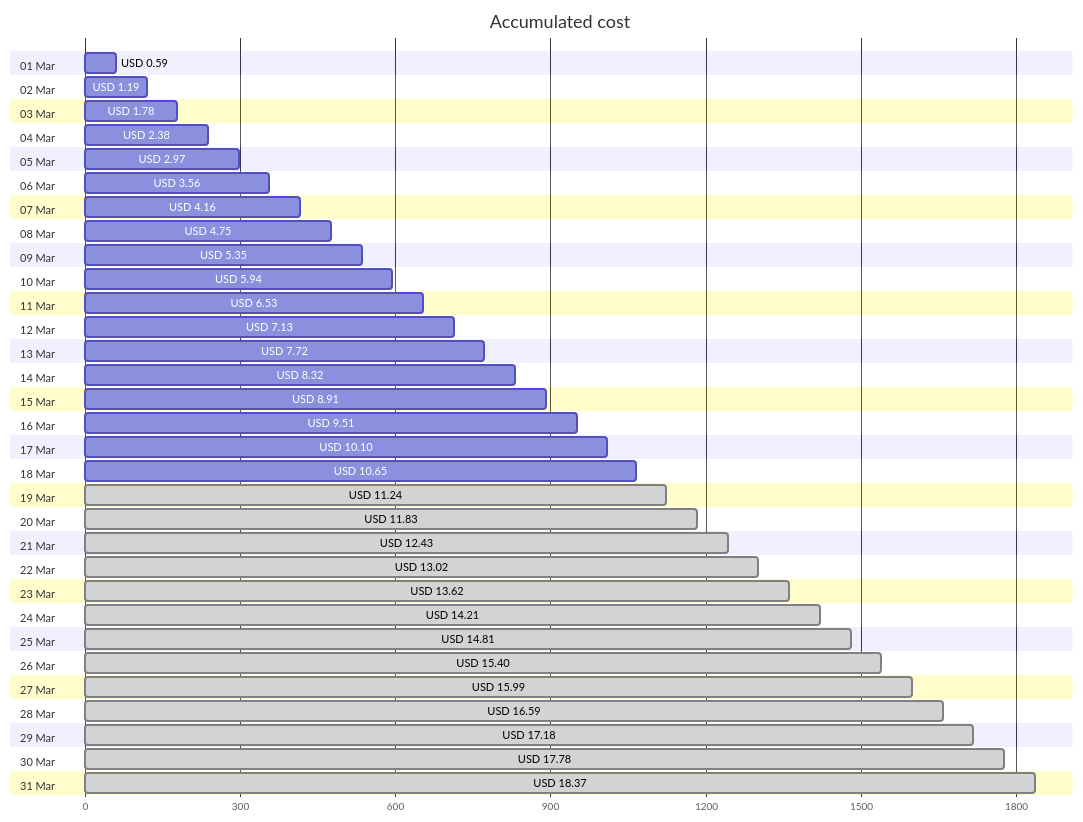
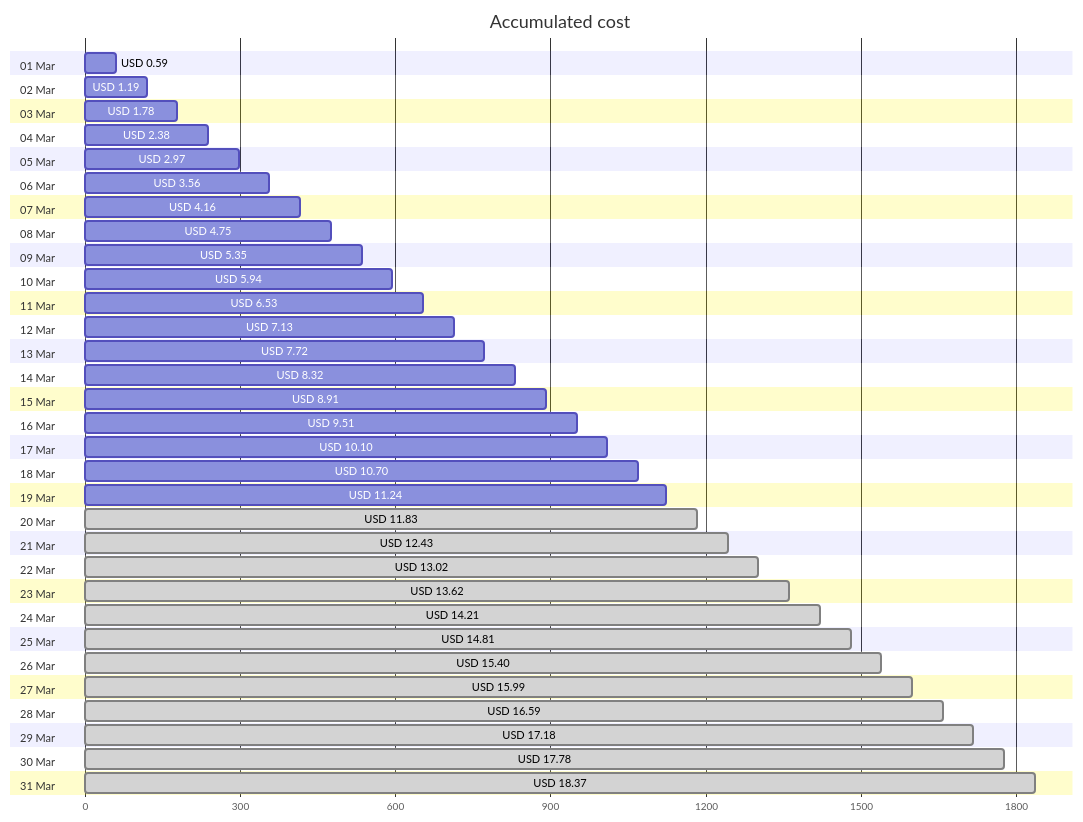
The first of 4 diagrams in cost-reports/personal-site/README.md (jpfulton/azure-personal-reports), drawn with Mermaid before and after one commit. The commit also changed other lines of this file and 6 other files, not shown here.

````diff
--- a/cost-reports/personal-site/README.md
+++ b/cost-reports/personal-site/README.md
@@ -20,68 +20,68 @@
 ```mermaid
 gantt
    title Accumulated cost
    dateFormat  X
    axisFormat %s
    section 01 Mar
    USD 0.59 :0, 59
    section 02 Mar
    USD 1.19 :0, 119
    section 03 Mar
    USD 1.78 :0, 178
    section 04 Mar
    USD 2.38 :0, 238
    section 05 Mar
    USD 2.97 :0, 297
    section 06 Mar
    USD 3.56 :0, 356
    section 07 Mar
    USD 4.16 :0, 416
    section 08 Mar
    USD 4.75 :0, 475
    section 09 Mar
    USD 5.35 :0, 535
    section 10 Mar
    USD 5.94 :0, 594
    section 11 Mar
    USD 6.53 :0, 653
    section 12 Mar
    USD 7.13 :0, 713
    section 13 Mar
    USD 7.72 :0, 772
    section 14 Mar
    USD 8.32 :0, 832
    section 15 Mar
    USD 8.91 :0, 891
    section 16 Mar
    USD 9.51 :0, 951
    section 17 Mar
    USD 10.10 :0, 1010
    section 18 Mar
-   USD 10.65 :0, 1065
+   USD 10.70 :0, 1070
    section 19 Mar
-   USD 11.24 : done, 0, 1124
+   USD 11.24 :0, 1124
    section 20 Mar
    USD 11.83 : done, 0, 1183
    section 21 Mar
    USD 12.43 : done, 0, 1243
    section 22 Mar
    USD 13.02 : done, 0, 1302
    section 23 Mar
    USD 13.62 : done, 0, 1362
    section 24 Mar
    USD 14.21 : done, 0, 1421
    section 25 Mar
    USD 14.81 : done, 0, 1481
    section 26 Mar
    USD 15.40 : done, 0, 1540
    section 27 Mar
    USD 15.99 : done, 0, 1599
    section 28 Mar
    USD 16.59 : done, 0, 1659
    section 29 Mar
    USD 17.18 : done, 0, 1718
    section 30 Mar
    USD 17.78 : done, 0, 1778
    section 31 Mar
    USD 18.37 : done, 0, 1837
 ```
````
